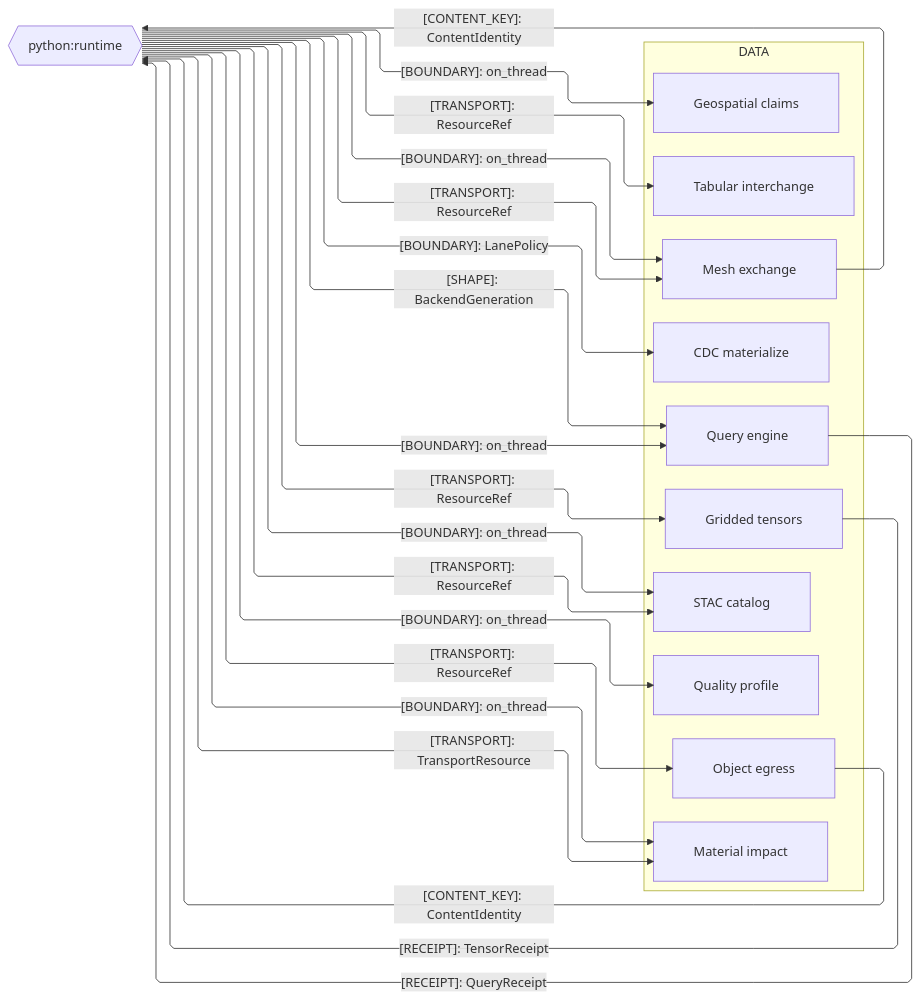
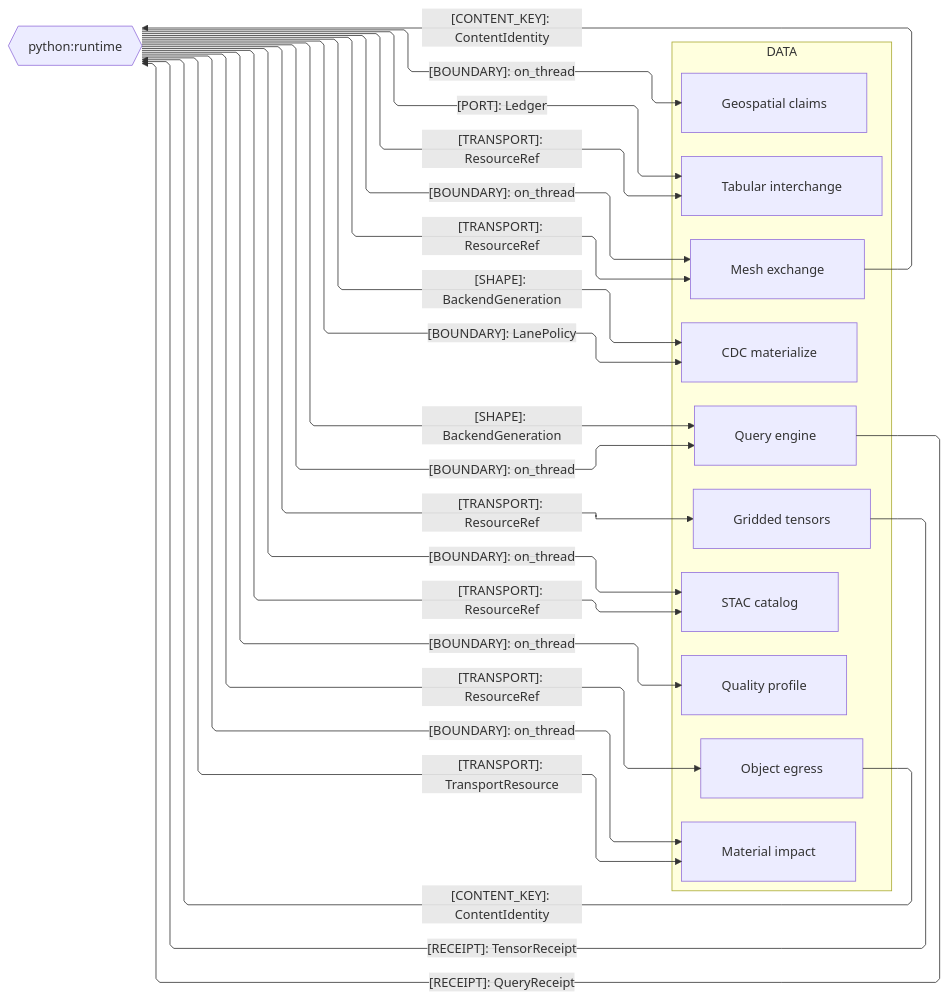
One commit to bsamiee/Rasm changed the second of 4 diagrams in libs/python/data/ARCHITECTURE.md. Above: the diagram before and after it, drawn with Mermaid. The commit also changed other lines of this file and 189 other files, not shown here.

````diff
--- a/libs/python/data/ARCHITECTURE.md
+++ b/libs/python/data/ARCHITECTURE.md
@@ -110,43 +117,45 @@
 ```mermaid
 ---
 config:
   layout: elk
   flowchart:
     curve: linear
     padding: 25
 ---
 flowchart LR
     accTitle: Data package Python host-runtime seam registry
-    accDescr: Data sub-domain owners exchanging content identity, transport, receipts, and thread boundaries with the Python host runtime sibling.
+    accDescr: Data sub-domain owners exchanging content identity, transport, receipts, thread boundaries, and the durable evidence port with the Python host runtime sibling.
     subgraph data[DATA]
         Tabular[Tabular interchange]
         Egress[Object egress]
         Query[Query engine]
         Materialize[CDC materialize]
         Catalog[STAC catalog]
         Gridded[Gridded tensors]
         Impact[Material impact]
         Profile[Quality profile]
         Geospatial[Geospatial claims]
         Mesh[Mesh exchange]
     end
     Runtime{{python:runtime}}
     Egress e1@-->|"[CONTENT_KEY]: ContentIdentity"| Runtime
     Query e3@-->|"[RECEIPT]: QueryReceipt"| Runtime
     Gridded e19@-->|"[RECEIPT]: TensorReceipt"| Runtime
     Mesh e2@-->|"[CONTENT_KEY]: ContentIdentity"| Runtime
     Runtime e4@-->|"[TRANSPORT]: ResourceRef"| Tabular
+    Runtime e28@-->|"[PORT]: Ledger"| Tabular
     Runtime e20@-->|"[TRANSPORT]: ResourceRef"| Egress
     Runtime e11@-->|"[BOUNDARY]: on_thread"| Query
     Runtime e26@-->|"[SHAPE]: BackendGeneration"| Query
     Runtime e17@-->|"[BOUNDARY]: LanePolicy"| Materialize
+    Runtime e27@-->|"[SHAPE]: BackendGeneration"| Materialize
     Runtime e23@-->|"[TRANSPORT]: ResourceRef"| Catalog
     Runtime e18@-->|"[BOUNDARY]: on_thread"| Catalog
     Runtime e21@-->|"[TRANSPORT]: ResourceRef"| Gridded
     Runtime e5@-->|"[TRANSPORT]: TransportResource"| Impact
     Runtime e24@-->|"[BOUNDARY]: on_thread"| Impact
     Runtime e14@-->|"[BOUNDARY]: on_thread"| Profile
     Runtime e12@-->|"[BOUNDARY]: on_thread"| Geospatial
     Runtime e22@-->|"[TRANSPORT]: ResourceRef"| Mesh
     Runtime e13@-->|"[BOUNDARY]: on_thread"| Mesh
 ```
````
